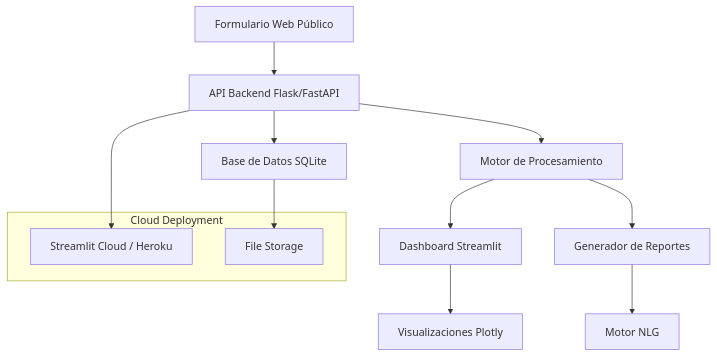
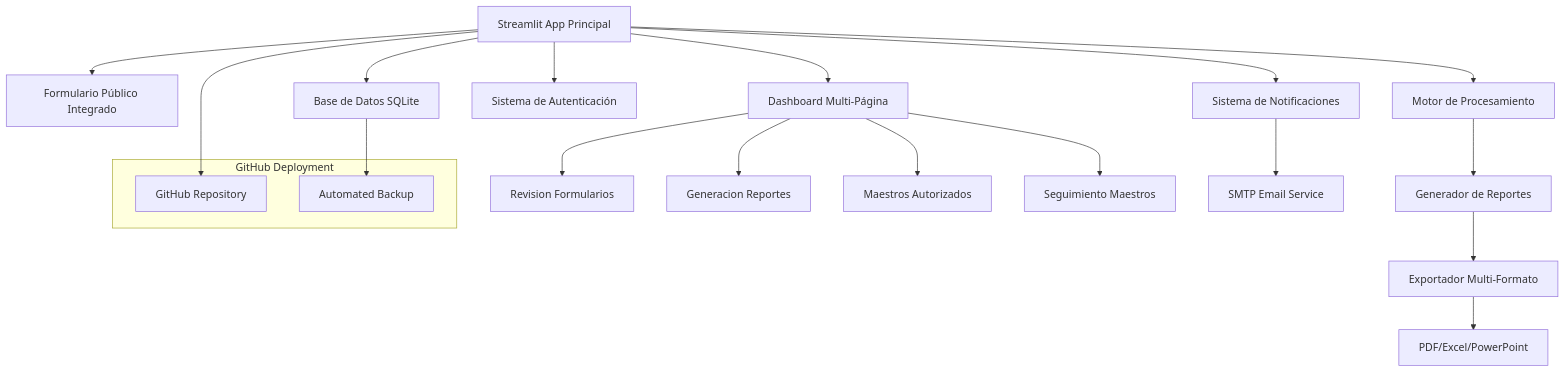
The diagram in .kiro/specs/sistema-reportes-docentes/design.md (TacosDorados30/sistema-reportes-docentes), drawn with Mermaid before and after one commit. The commit also changed other lines of this file and 2 other files, not shown here.

First line of the commit message:
docs: Actualizar especificaciones para reflejar sistema actual

````diff
--- a/.kiro/specs/sistema-reportes-docentes/design.md
+++ b/.kiro/specs/sistema-reportes-docentes/design.md
@@ -11,18 +11,27 @@
 ```mermaid
 graph TB
-    A[Formulario Web Público] --> B[API Backend Flask/FastAPI]
-    B --> C[Base de Datos SQLite]
-    B --> D[Motor de Procesamiento]
-    D --> E[Dashboard Streamlit]
-    D --> F[Generador de Reportes]
-    F --> G[Motor NLG]
-    E --> H[Visualizaciones Plotly]
+    A[Streamlit App Principal] --> B[Formulario Público Integrado]
+    A --> C[Dashboard Multi-Página]
+    C --> D[Revision Formularios]
+    C --> E[Generacion Reportes]
+    C --> F[Maestros Autorizados]
+    C --> G[Seguimiento Maestros]
     
-    subgraph "Cloud Deployment"
-        I[Streamlit Cloud / Heroku]
-        J[File Storage]
+    A --> H[Base de Datos SQLite]
+    A --> I[Sistema de Autenticación]
+    A --> J[Motor de Procesamiento]
+    J --> K[Generador de Reportes]
+    K --> L[Exportador Multi-Formato]
+    L --> M[PDF/Excel/PowerPoint]
+    
+    A --> N[Sistema de Notificaciones]
+    N --> O[SMTP Email Service]
+    
+    subgraph "GitHub Deployment"
+        P[GitHub Repository]
+        Q[Automated Backup]
     end
     
-    B --> I
-    C --> J
+    A --> P
+    H --> Q
 ```
````
